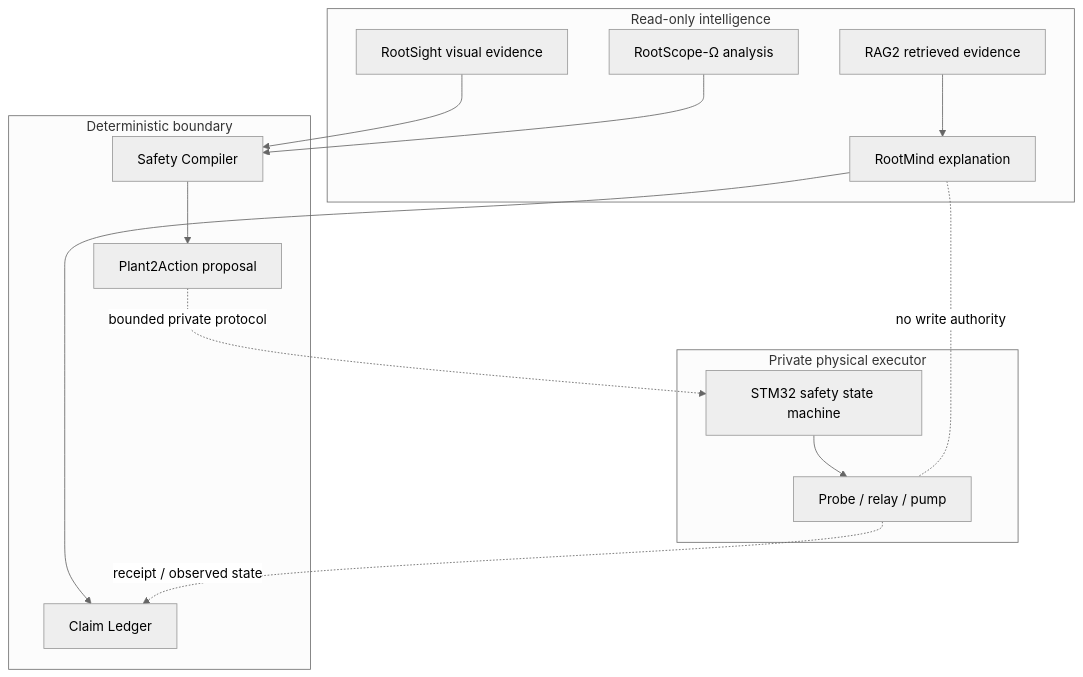
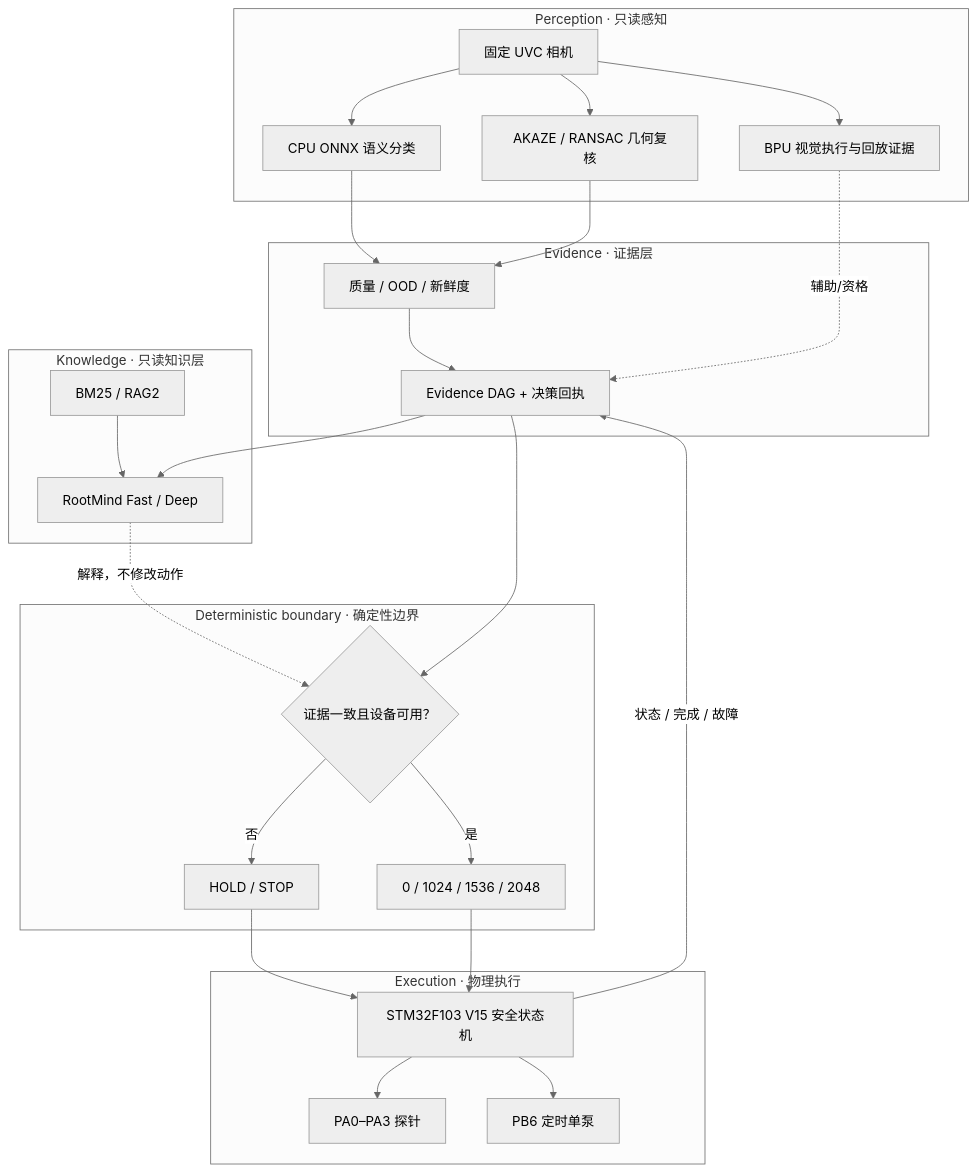
Before and after one commit to Xiaomiju-x/RootScope-AdventureX2026: the first of 2 diagrams in docs/ARCHITECTURE.md, drawn with Mermaid (neutral theme). The commit also changed other lines of this file and 809 other files, not shown here.

First line of the commit message:
feat: publish complete RootScope AdventureX 2026 source

````diff
--- a/docs/ARCHITECTURE.md
+++ b/docs/ARCHITECTURE.md
@@ -8,30 +7,50 @@
 ```mermaid
 flowchart TB
-    subgraph READ["Read-only intelligence"]
-      V["RootSight visual evidence"]
-      K["RAG2 retrieved evidence"]
-      L["RootMind explanation"]
-      O["RootScope-Ω analysis"]
+    subgraph P["Perception · 只读感知"]
+      CAM["固定 UVC 相机"]
+      SEM["CPU ONNX 语义分类"]
+      GEO["AKAZE / RANSAC 几何复核"]
+      BPU["BPU 视觉执行与回放证据"]
+      CAM --> SEM
+      CAM --> GEO
+      CAM --> BPU
     end
 
-    subgraph DET["Deterministic boundary"]
-      S["Safety Compiler"]
-      A["Plant2Action proposal"]
-      C["Claim Ledger"]
+    subgraph E["Evidence · 证据层"]
+      Q["质量 / OOD / 新鲜度"]
+      DAG["Evidence DAG + 决策回执"]
+      SEM --> Q
+      GEO --> Q
+      BPU -. "辅助/资格" .-> DAG
+      Q --> DAG
     end
 
-    subgraph PHYS["Private physical executor"]
-      M["STM32 safety state machine"]
-      X["Probe / relay / pump"]
+    subgraph K["Knowledge · 只读知识层"]
+      RAG["BM25 / RAG2"]
+      LLM["RootMind Fast / Deep"]
+      RAG --> LLM
+      DAG --> LLM
     end
 
-    V --> S
-    K --> L
-    L --> C
-    O --> S
-    S --> A
-    A -. "bounded private protocol" .-> M
-    M --> X
-    X -. "receipt / observed state" .-> C
-    L -.-|"no write authority"| X
+    subgraph D["Deterministic boundary · 确定性边界"]
+      GATE{"证据一致且设备可用？"}
+      MAP["0 / 1024 / 1536 / 2048"]
+      HOLD["HOLD / STOP"]
+      DAG --> GATE
+      LLM -. "解释，不修改动作" .-> GATE
+      GATE -- "否" --> HOLD
+      GATE -- "是" --> MAP
+    end
+
+    subgraph X["Execution · 物理执行"]
+      MCU["STM32F103 V15 安全状态机"]
+      Z["PA0–PA3 探针"]
+      PUMP["PB6 定时单泵"]
+      MAP --> MCU
+      HOLD --> MCU
+      MCU --> Z
+      MCU --> PUMP
+    end
+
+    MCU -->|"状态 / 完成 / 故障"| DAG
 ```
````
